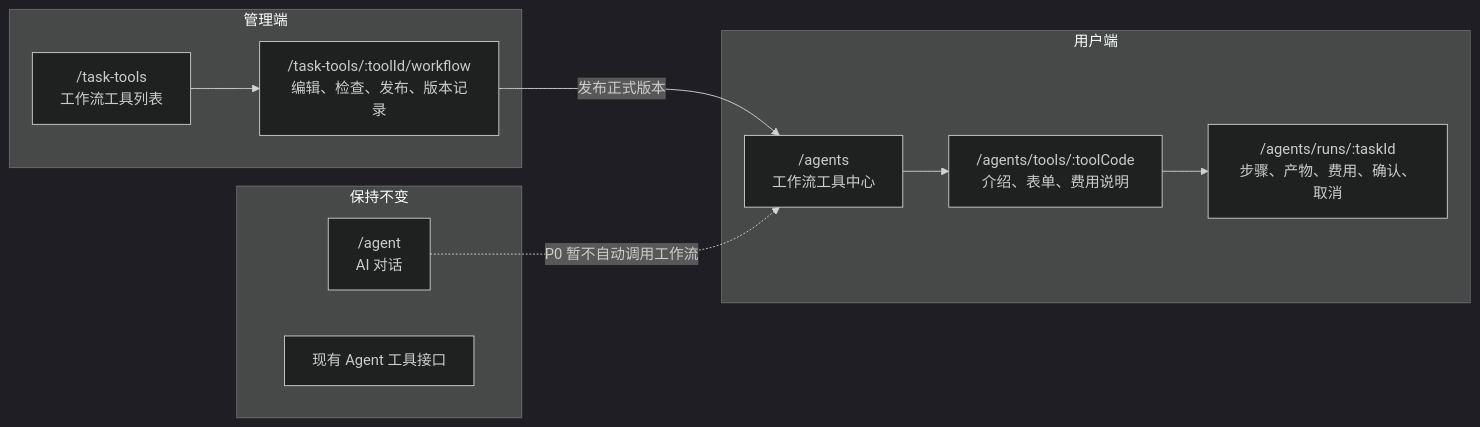
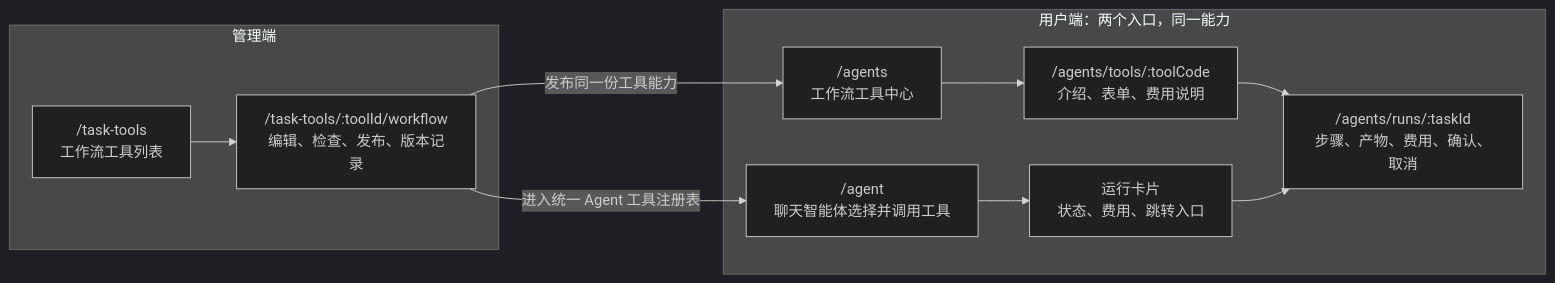
Before and after one commit to LancyPluto/update_aiworkspace: the first of 11 diagrams in docs/superpowers/specs/2026-07-13-workflow-tools-p0-v2-design.md, drawn with Mermaid (dark theme). The commit also changed other lines of this file, not shown here.

Commit message:
docs: align workflow tools with agent calls

````diff
--- a/docs/superpowers/specs/2026-07-13-workflow-tools-p0-v2-design.md
+++ b/docs/superpowers/specs/2026-07-13-workflow-tools-p0-v2-design.md
@@ -67,23 +72,21 @@
 ```mermaid
 flowchart LR
   subgraph Admin["管理端"]
     A1["/task-tools<br/>工作流工具列表"]
     A2["/task-tools/:toolId/workflow<br/>编辑、检查、发布、版本记录"]
     A1 --> A2
   end
 
-  subgraph User["用户端"]
+  subgraph User["用户端：两个入口，同一能力"]
     U1["/agents<br/>工作流工具中心"]
     U2["/agents/tools/:toolCode<br/>介绍、表单、费用说明"]
     U3["/agents/runs/:taskId<br/>步骤、产物、费用、确认、取消"]
     U1 --> U2 --> U3
+    C1["/agent<br/>聊天智能体选择并调用工具"]
+    C2["运行卡片<br/>状态、费用、跳转入口"]
+    C1 --> C2 --> U3
   end
 
-  subgraph Existing["保持不变"]
-    C1["/agent<br/>AI 对话"]
-    C2["现有 Agent 工具接口"]
-  end
-
-  A2 -->|"发布正式版本"| U1
-  C1 -. "P0 暂不自动调用工作流" .-> U1
+  A2 -->|"发布同一份工具能力"| U1
+  A2 -->|"进入统一 Agent 工具注册表"| C1
 ```
````
